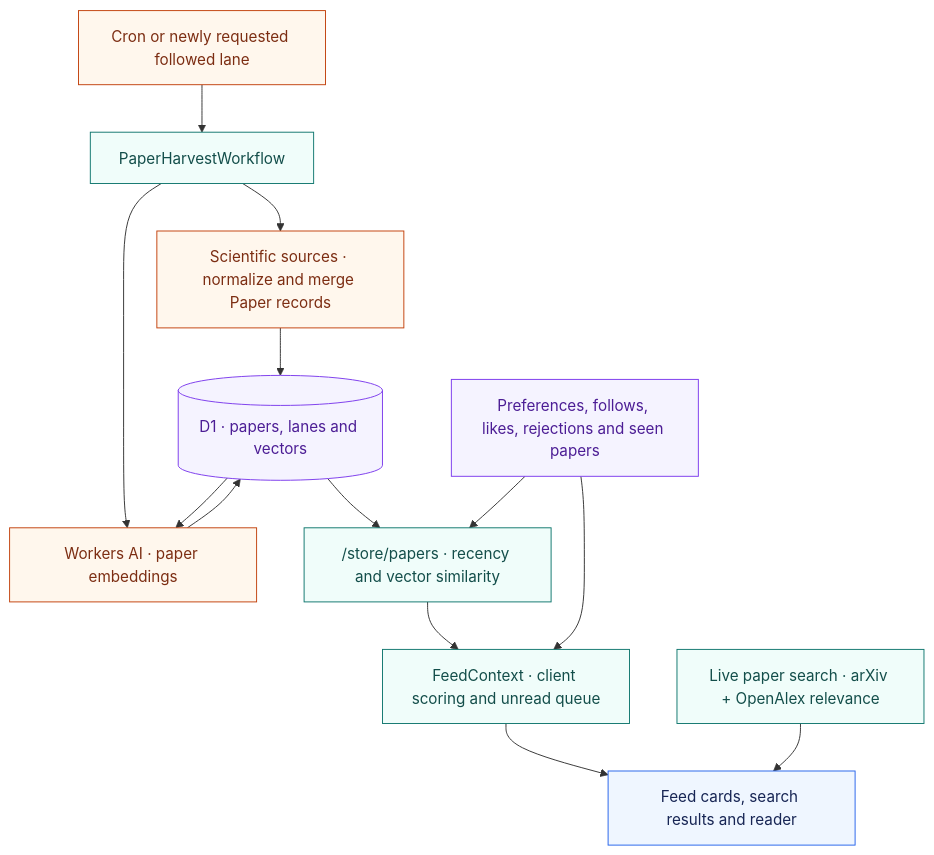
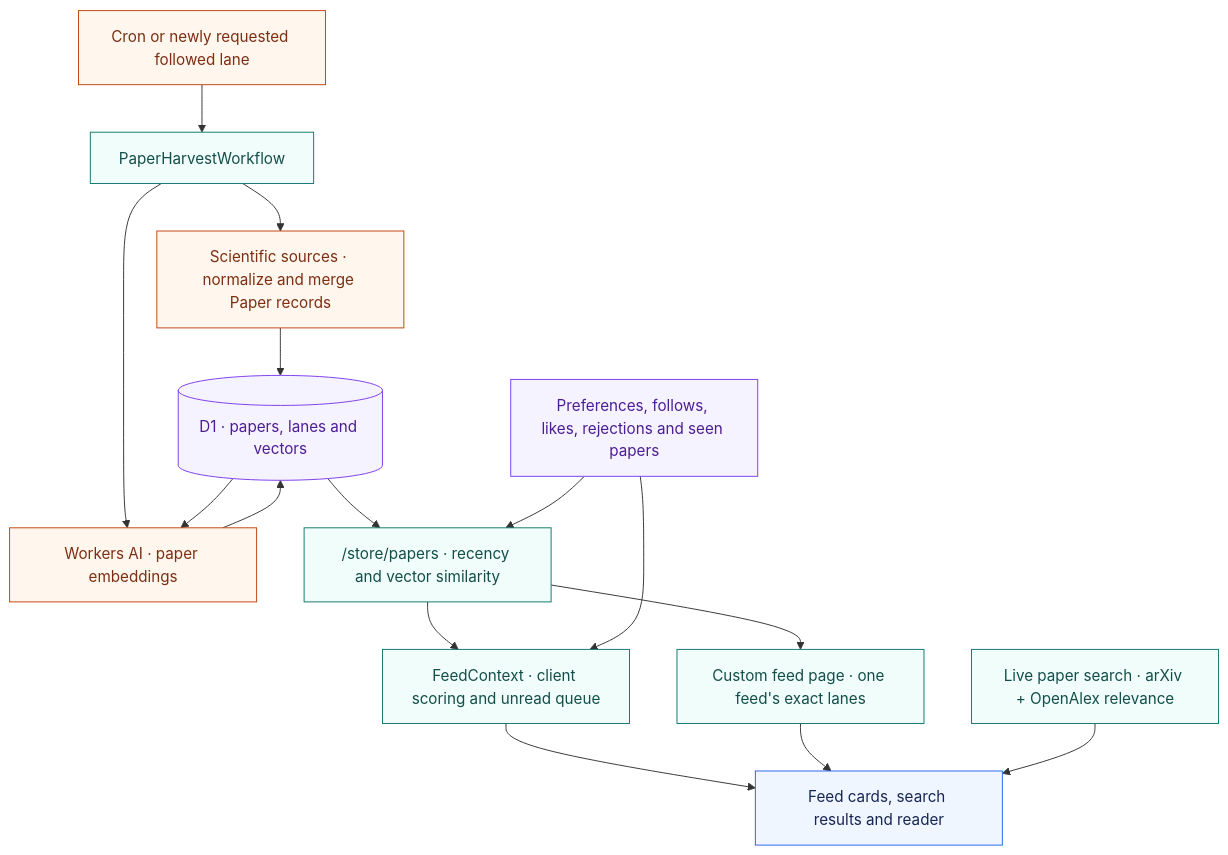
One commit to mugar123/papertok changed the second of 2 diagrams in ARCHITECTURE.md. Above: the diagram before and after it, drawn with Mermaid. The commit also changed other lines of this file and 79 other files, not shown here.

````diff
--- a/ARCHITECTURE.md
+++ b/ARCHITECTURE.md
@@ -104,30 +104,32 @@
 ```mermaid
 flowchart TD
     Trigger["Cron or newly requested followed lane"]
     Harvest["PaperHarvestWorkflow"]
     Sources["Scientific sources · normalize and merge Paper records"]
     Vectors["Workers AI · paper embeddings"]
     Corpus[("D1 · papers, lanes and vectors")]
     API["/store/papers · recency and vector similarity"]
     Feed["FeedContext · client scoring and unread queue"]
+    Custom["Custom feed page · one feed's exact lanes"]
     Signals["Preferences, follows, likes, rejections and seen papers"]
     Search["Live paper search · arXiv + OpenAlex relevance"]
     UI["Feed cards, search results and reader"]
 
     Trigger --> Harvest --> Sources --> Corpus
     Harvest --> Vectors --> Corpus
     Corpus --> Vectors
     Corpus --> API --> Feed --> UI
+    API --> Custom --> UI
     Signals --> API
     Signals --> Feed
     Search --> UI
 
     classDef source fill:#fff7ed,stroke:#c2410c,color:#7c2d12
     classDef data fill:#f5f3ff,stroke:#7c3aed,color:#4c1d95
     classDef logic fill:#f0fdfa,stroke:#0f766e,color:#134e4a
     classDef view fill:#eff6ff,stroke:#2563eb,color:#172554
     class Trigger,Sources,Vectors source
     class Corpus,Signals data
-    class Harvest,API,Feed,Search logic
+    class Harvest,API,Feed,Custom,Search logic
     class UI view
 ```
````
